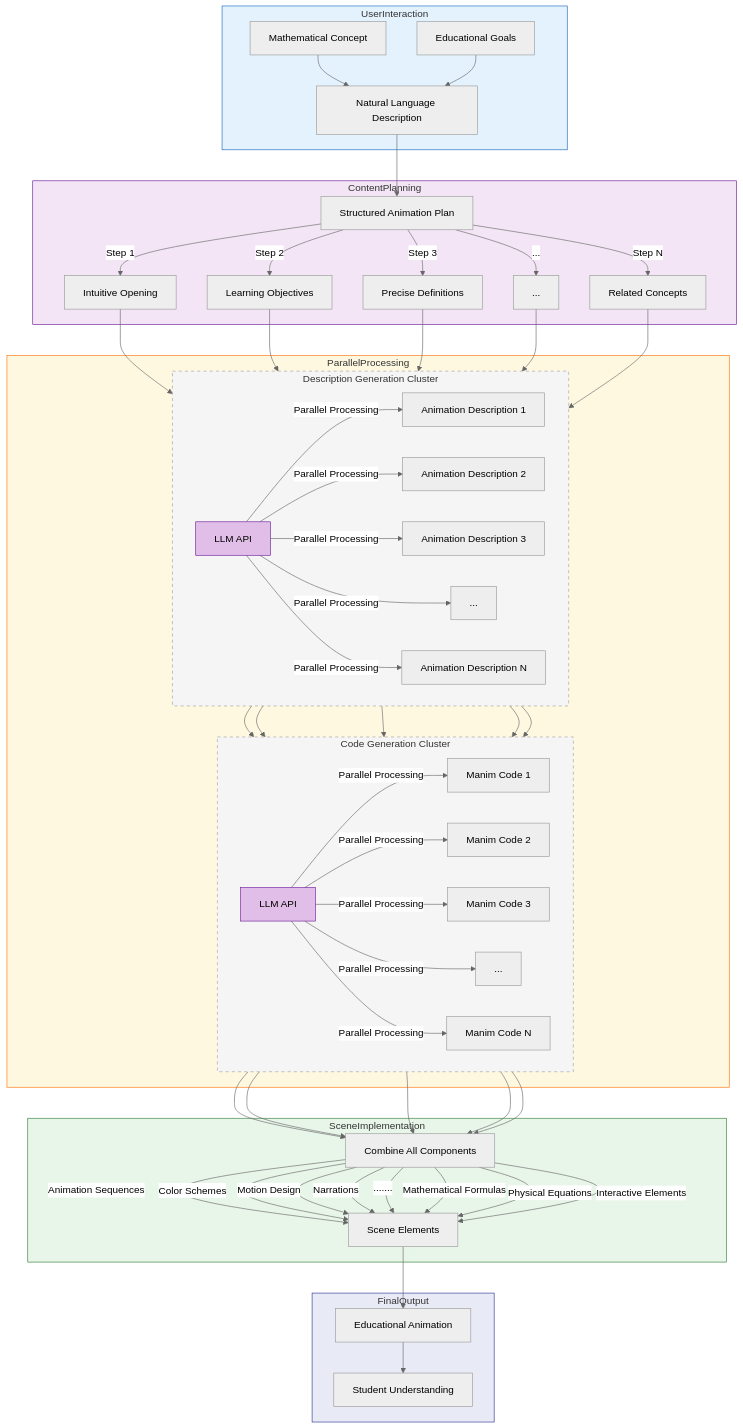
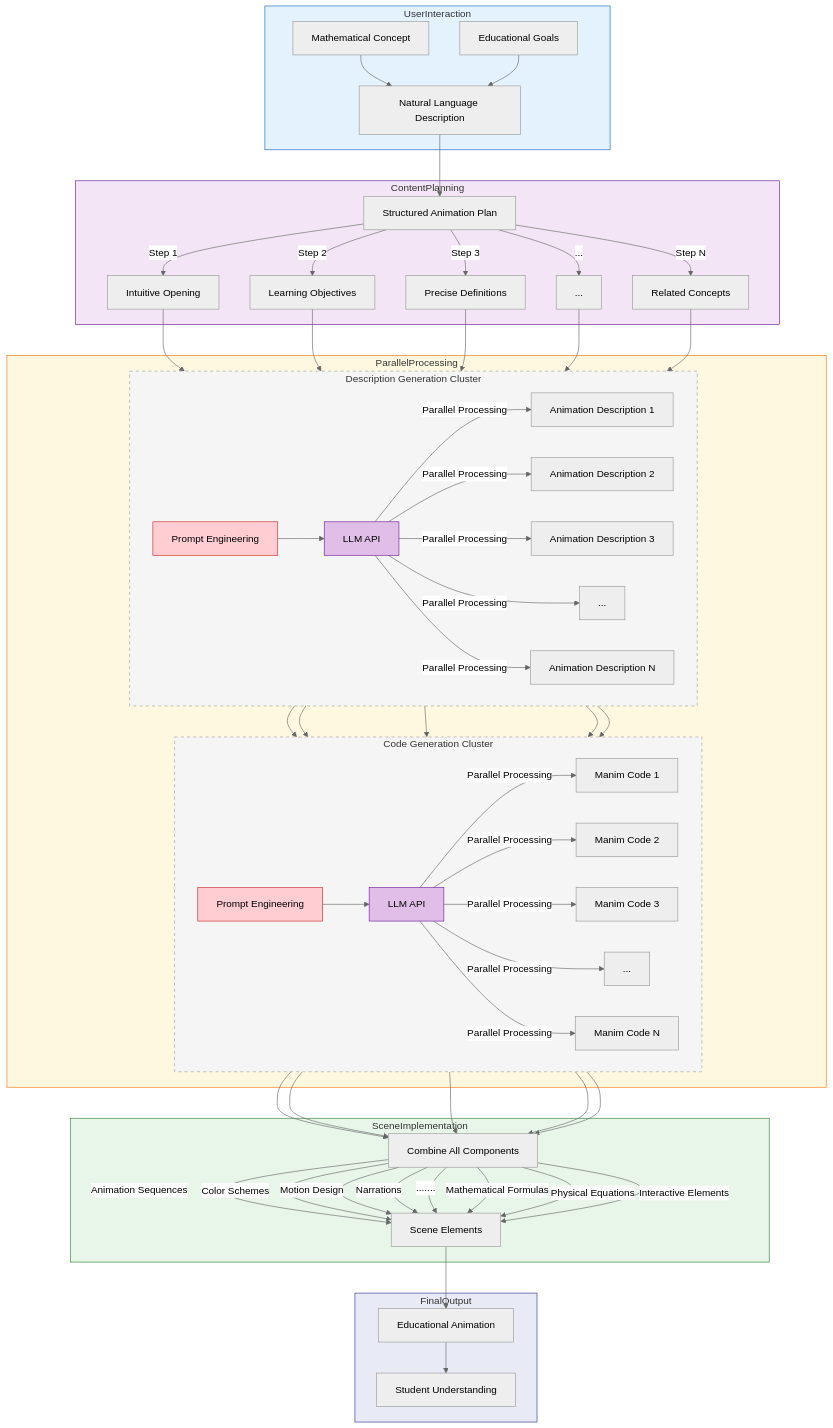
The diagram in README.md (hongyik/LLM2Manim), drawn with Mermaid (neutral theme) before and after one commit. The commit also changed other lines of this file, not shown here.

````diff
--- a/README.md
+++ b/README.md
@@ -8,78 +7,82 @@
 ```mermaid
 graph TB
     subgraph UserInteraction
         A[Mathematical Concept] --> B[Natural Language Description]
         C[Educational Goals] --> B
     end
 
     subgraph ContentPlanning
         B --> D[Structured Animation Plan]
         D --> |Step 1| E1[Intuitive Opening]
         D --> |Step 2| E2[Learning Objectives]
         D --> |Step 3| E3[Precise Definitions]
         D --> |...| E4[...]
         D --> |Step N| E5[Related Concepts]
     end
 
     subgraph ParallelProcessing
         %% Parallel Processing Clusters
         subgraph DescriptionGeneration[Description Generation Cluster]
             direction LR
-            E1 & E2 & E3 & E4 & E5 --> LLMD[LLM API]
+            E1 & E2 & E3 & E4 & E5 --> PE1[Prompt Engineering]
+            PE1 --> LLMD[LLM API]
             LLMD --> |Parallel Processing| AD1 & AD2 & AD3 & AD4 & AD5
         end
         
         subgraph CodeGeneration[Code Generation Cluster]
             direction LR
             AD1[Animation Description 1]
             AD2[Animation Description 2]
             AD3[Animation Description 3]
             AD4[...]
             AD5[Animation Description N]
-            AD1 & AD2 & AD3 & AD4 & AD5 -->LLMC[LLM API]
+            AD1 & AD2 & AD3 & AD4 & AD5 --> PE2[Prompt Engineering]
+            PE2 --> LLMC[LLM API]
             LLMC -->|Parallel Processing| MC1 & MC2 & MC3 & MC4 & MC5
         end
 
         MC1[Manim Code 1]
         MC2[Manim Code 2]
         MC3[Manim Code 3]
         MC4[...]
         MC5[Manim Code N]
     end
 
     subgraph SceneImplementation
         MC1 & MC2 & MC3 & MC4 & MC5 --> M[Combine All Components]
         
         M --> |Animation Sequences| I[Scene Elements]
         M --> |Color Schemes| I
         M --> |Motion Design| I
         M --> |Narrations| I
         M --> |.......| I
         M --> |Mathematical Formulas| I
         M --> |Physical Equations| I
         M --> |Interactive Elements| I
     end
 
     subgraph FinalOutput
         I --> Q[Educational Animation]
         Q --> R[Student Understanding]
     end
 
 %% Style Definitions
 classDef userInteraction fill:#e3f2fd,stroke:#1565c0;
 classDef contentPlanning fill:#f3e5f5,stroke:#6a1b9a;
 classDef parallelProcessing fill:#fff8e1,stroke:#ff6f00;
 classDef sceneImplementation fill:#e8f5e9,stroke:#2e7d32;
 classDef finalOutput fill:#e8eaf6,stroke:#283593;
 classDef llmAPI fill:#e1bee7,stroke:#6a1b9a;
 classDef processingCluster fill:#f5f5f5,stroke:#9e9e9e,stroke-dasharray: 5 5;
+classDef promptEngineering fill:#ffcdd2,stroke:#c62828;
 
 %% Apply styles to subgraphs
 class UserInteraction userInteraction;
 class ContentPlanning contentPlanning;
 class ParallelProcessing parallelProcessing;
 class SceneImplementation sceneImplementation;
 class FinalOutput finalOutput;
 class LLMD,LLMC llmAPI;
+class PE1,PE2 promptEngineering;
 class DescriptionGeneration,CodeGeneration processingCluster;
 ``` 
````
